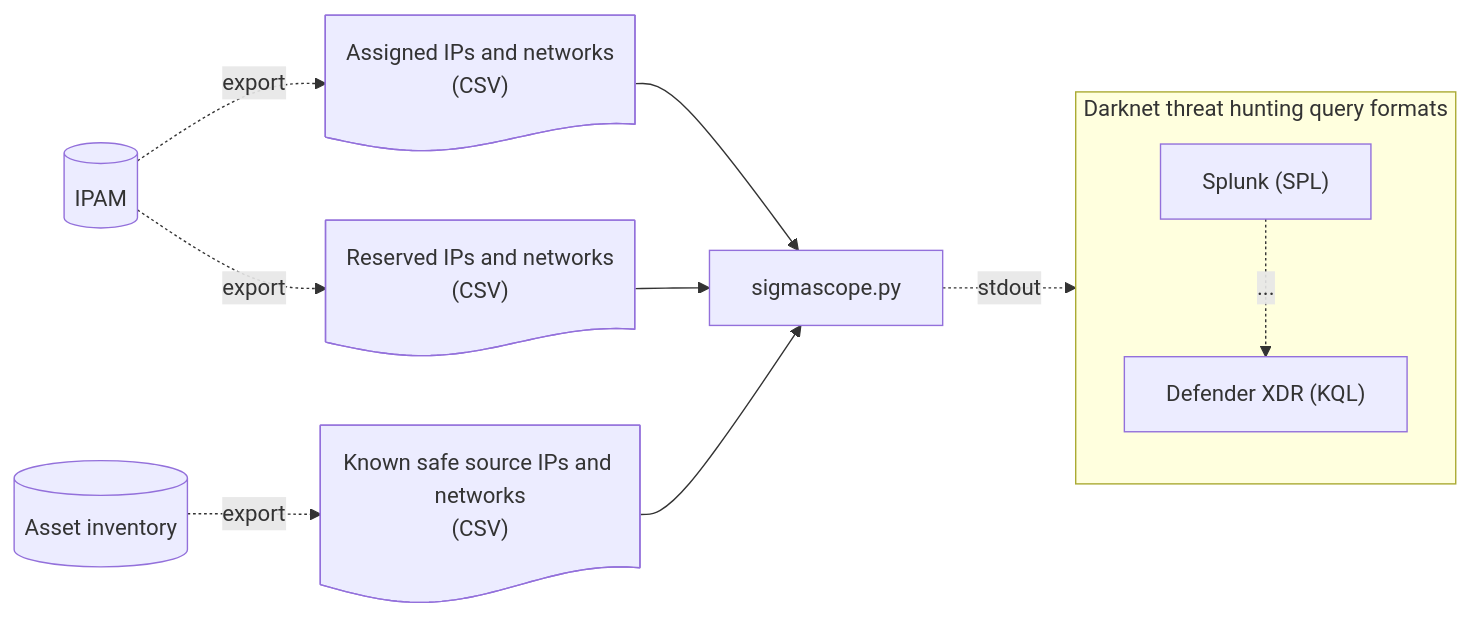
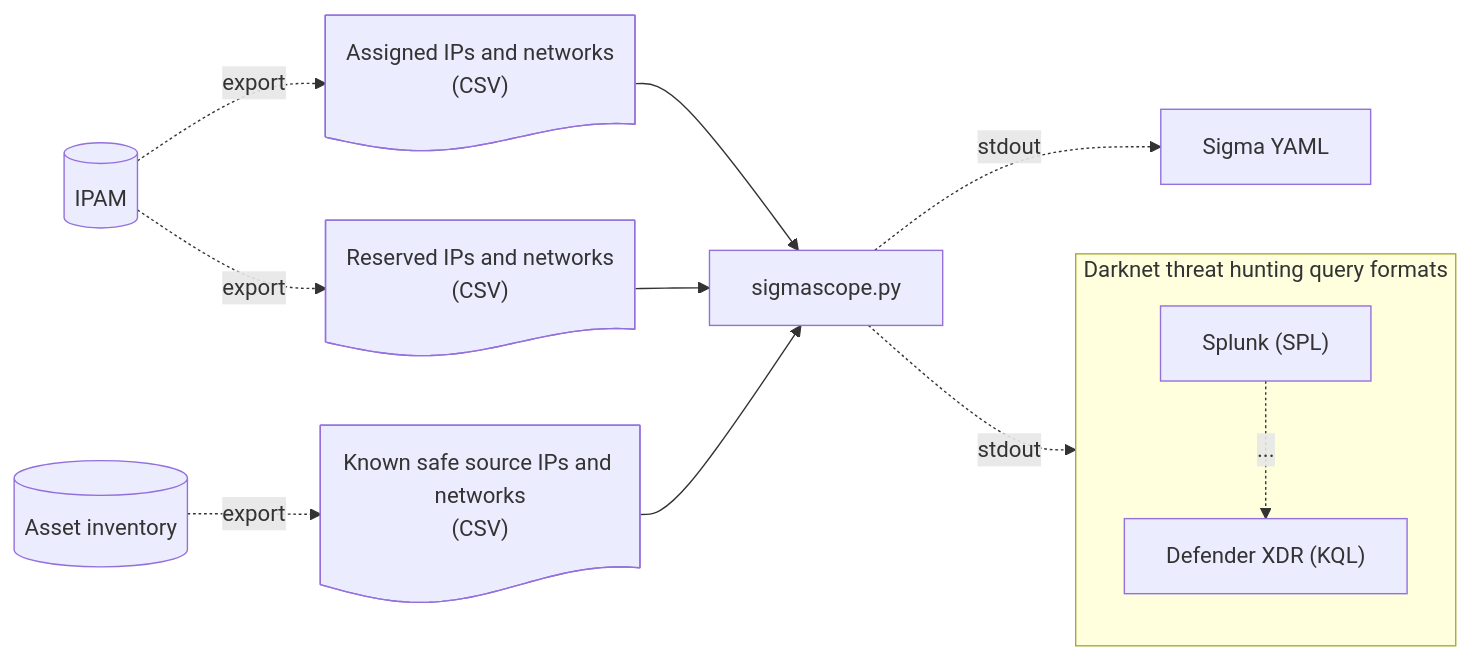
The diagram in README.md (thisismyrobot/sigmascope), drawn with Mermaid before and after one commit. The commit also changed other lines of this file, not shown here.

````diff
--- a/README.md
+++ b/README.md
@@ -24,23 +24,24 @@
 ```mermaid
 flowchart LR
 ipam@{ shape: cyl, label: "IPAM" }
 reserved@{ shape: doc, label: "Reserved IPs and networks\n(CSV)" }
 assigned@{ shape: doc, label: "Assigned IPs and networks\n(CSV)" }
 
 ipam -.export.-> reserved
 ipam -.export.-> assigned
 
 assets@{ shape: cyl, label: "Asset inventory" }
 allowed@{ shape: doc, label: "Known safe source IPs and networks\n(CSV)"}
 assets -.export.-> allowed
 
 sigmascope["sigmascope.py"]
 assigned --> sigmascope
 reserved --> sigmascope
 allowed --> sigmascope
 
 subgraph outputs["Darknet threat hunting query formats"]
   s["Splunk (SPL)"] -."...".-> d["Defender XDR (KQL)"]
 end
 sigmascope -.stdout.-> outputs
+sigmascope -.stdout.-> sigma["Sigma YAML"]
 ```
````
